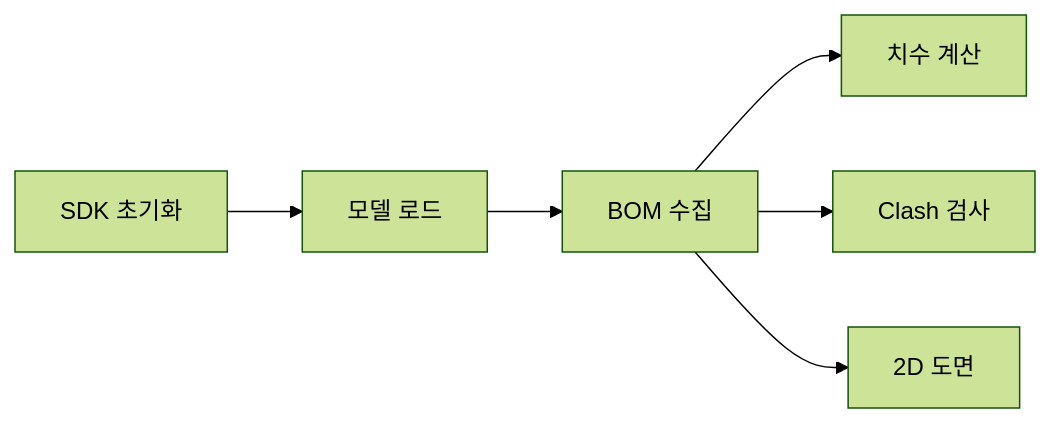
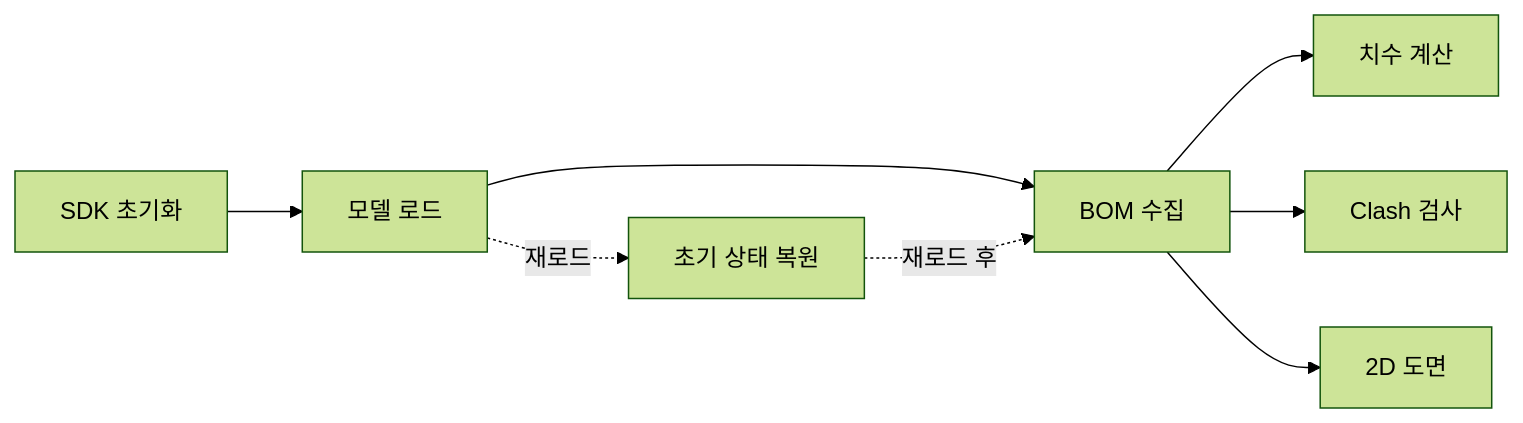
The diagram in docs/features/bom/_index.md (uuuuj/a2z), drawn with Mermaid (forest theme) before and after one commit. The commit also changed other lines of this file and 9 other files, not shown here.

````diff
--- a/docs/features/bom/_index.md
+++ b/docs/features/bom/_index.md
@@ -14,8 +15,10 @@
 ```mermaid
 flowchart LR
     BOM-001[SDK 초기화] --> BOM-002[모델 로드]
     BOM-002 --> BOM-003[BOM 수집]
     BOM-003 --> BOM-004[치수 계산]
     BOM-003 --> Clash[Clash 검사]
     BOM-003 --> Drawing2D[2D 도면]
+    BOM-002 -.재로드.-> BOM-005[초기 상태 복원]
+    BOM-005 -.재로드 후.-> BOM-003
 ```
````
